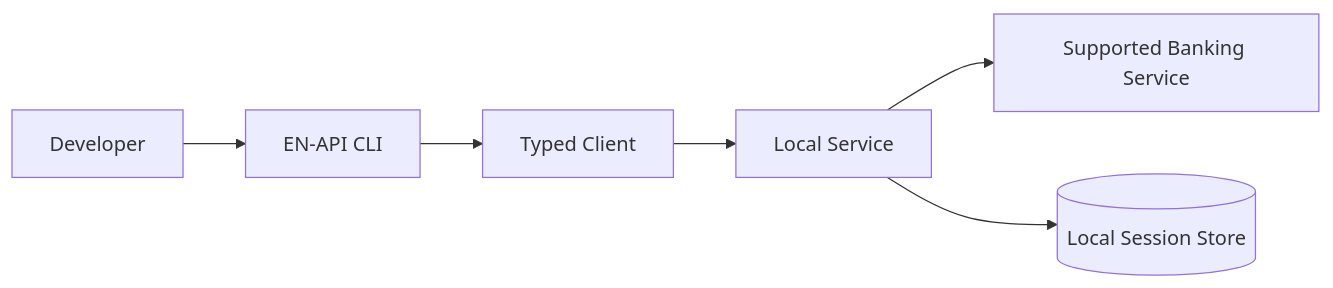
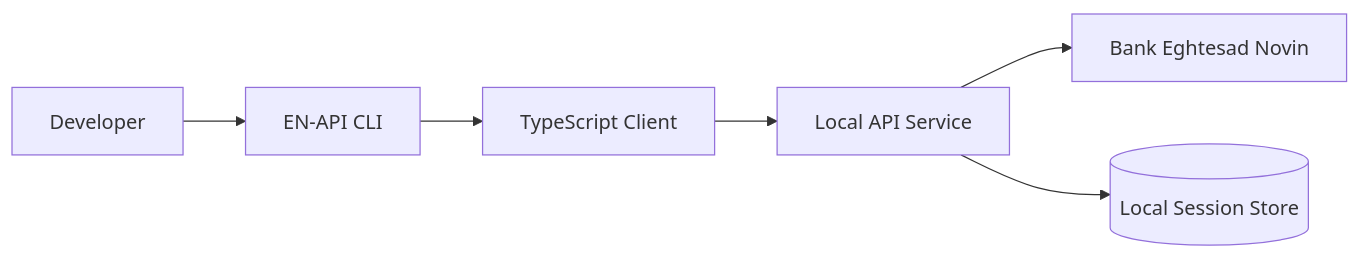
The diagram in README.md (iaMaSTeR-Dev/EN-API), drawn with Mermaid before and after one commit. The commit also changed other lines of this file, not shown here.

````diff
--- a/README.md
+++ b/README.md
@@ -32,8 +42,8 @@
 ```mermaid
 flowchart LR
     DEV[Developer] --> CLI[EN-API CLI]
-    CLI --> CLIENT[Typed Client]
-    CLIENT --> LOCAL[Local Service]
-    LOCAL --> BANK[Supported Banking Service]
+    CLI --> CLIENT[TypeScript Client]
+    CLIENT --> LOCAL[Local API Service]
+    LOCAL --> BANK[Bank Eghtesad Novin]
     LOCAL --> STORE[(Local Session Store)]
 ```
````
